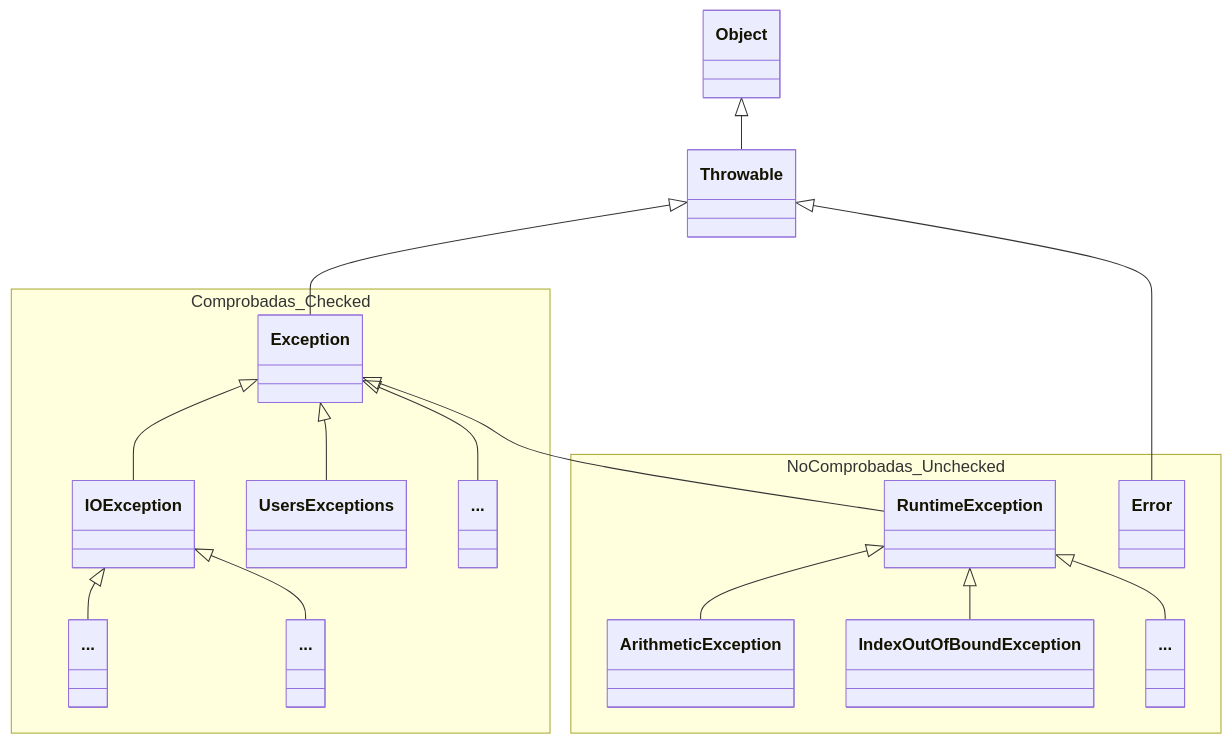
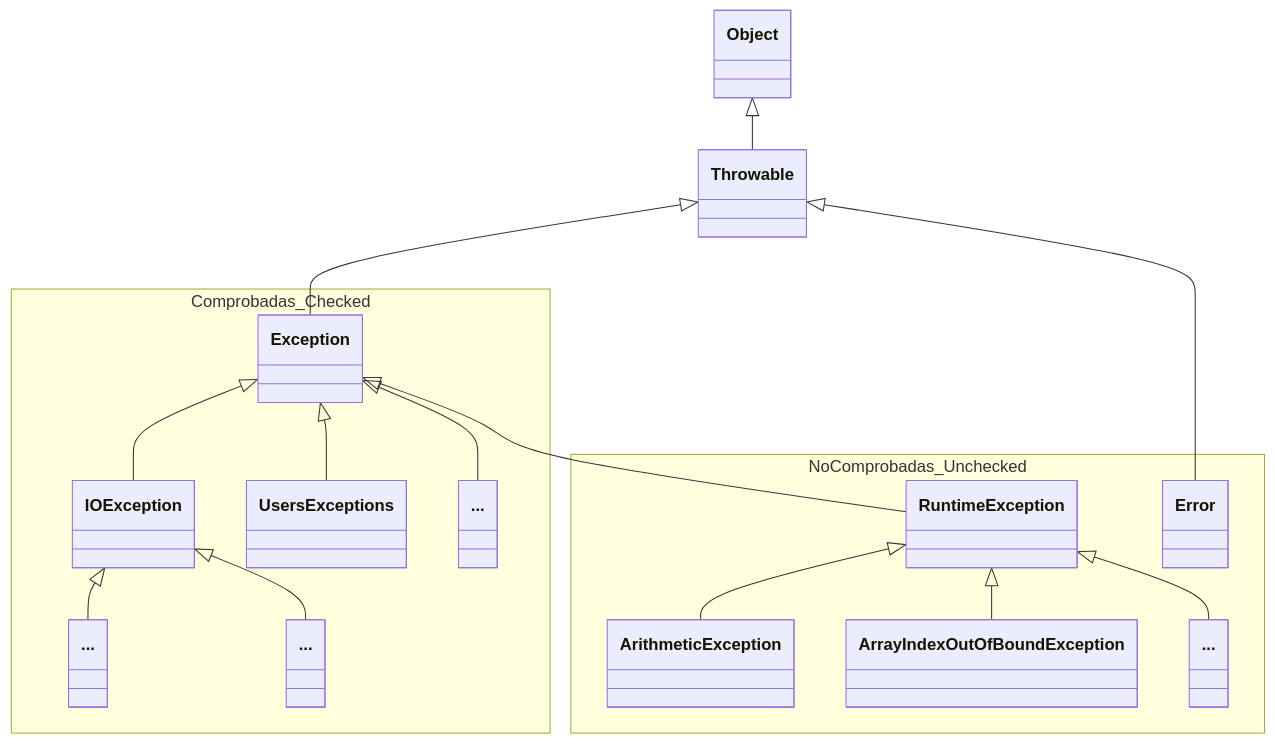
One commit to martinezpenya/1DAMProgramacion changed the diagram in docs/UD03/UD03_ES.md. Above: the diagram before and after it, drawn with Mermaid. The commit also changed other lines of this file, not shown here.

Commit message:
ArrayIndexOutOfBounds

````diff
--- a/docs/UD03/UD03_ES.md
+++ b/docs/UD03/UD03_ES.md
@@ -647,33 +647,33 @@
 ```mermaid
 classDiagram
     class Object
     class Throwable
     Object <|-- Throwable
     namespace Comprobadas_Checked {
    	class Exception
         class IOException
         class UsersExceptions
         class Other1["..."]
         class Other2["..."]
         class Other3["..."]
     }
 	namespace No Comprobadas_Unchecked {
 	    class RuntimeException
    	class Error
         class ArithmeticException
-        class IndexOutOfBoundException
+        class ArrayIndexOutOfBoundException
         class Other4["..."]
     }
     Exception <|-- Other1
     Exception <|-- IOException
     IOException <|-- Other2
     IOException <|-- Other3
     Exception <|-- UsersExceptions
     Exception <|-- RuntimeException
     RuntimeException <|-- ArithmeticException
-    RuntimeException <|-- IndexOutOfBoundException
+    RuntimeException <|-- ArrayIndexOutOfBoundException
     RuntimeException <|-- Other4
     Throwable <|-- Exception
     Throwable <|-- Error
 
 ```
````
